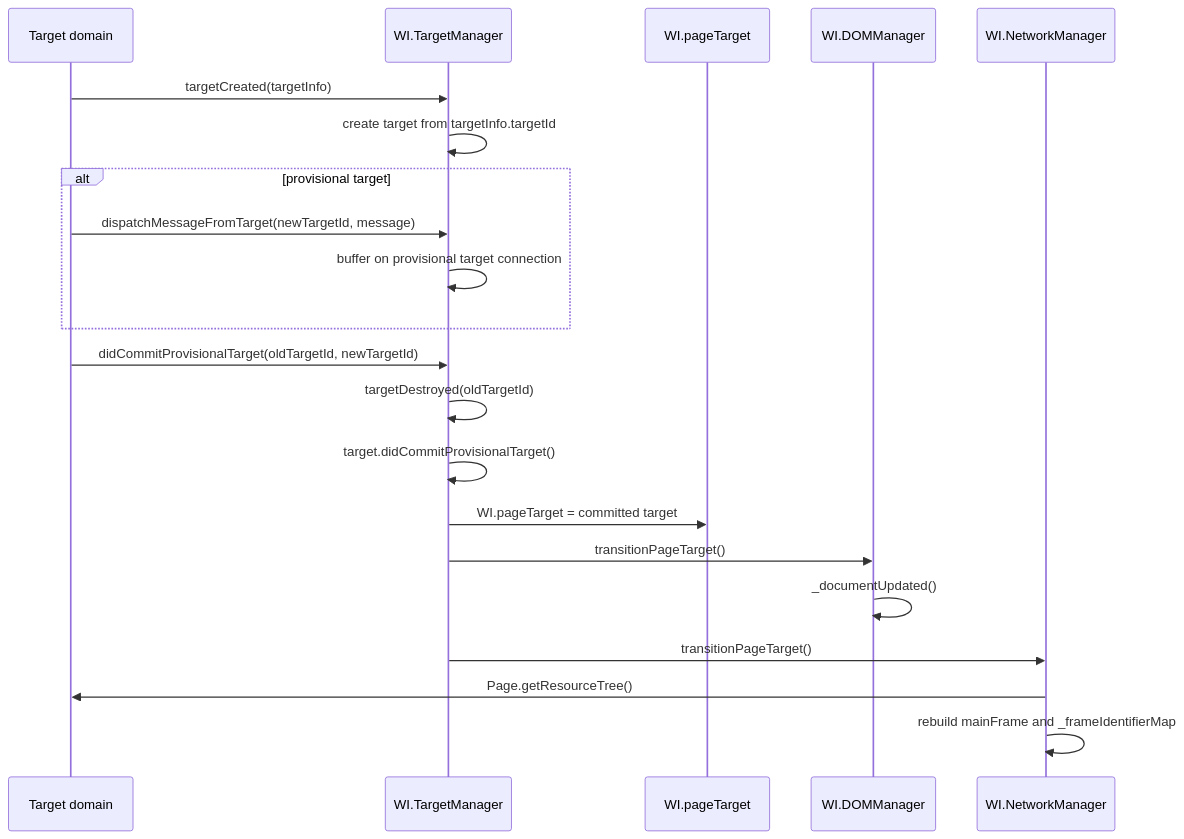
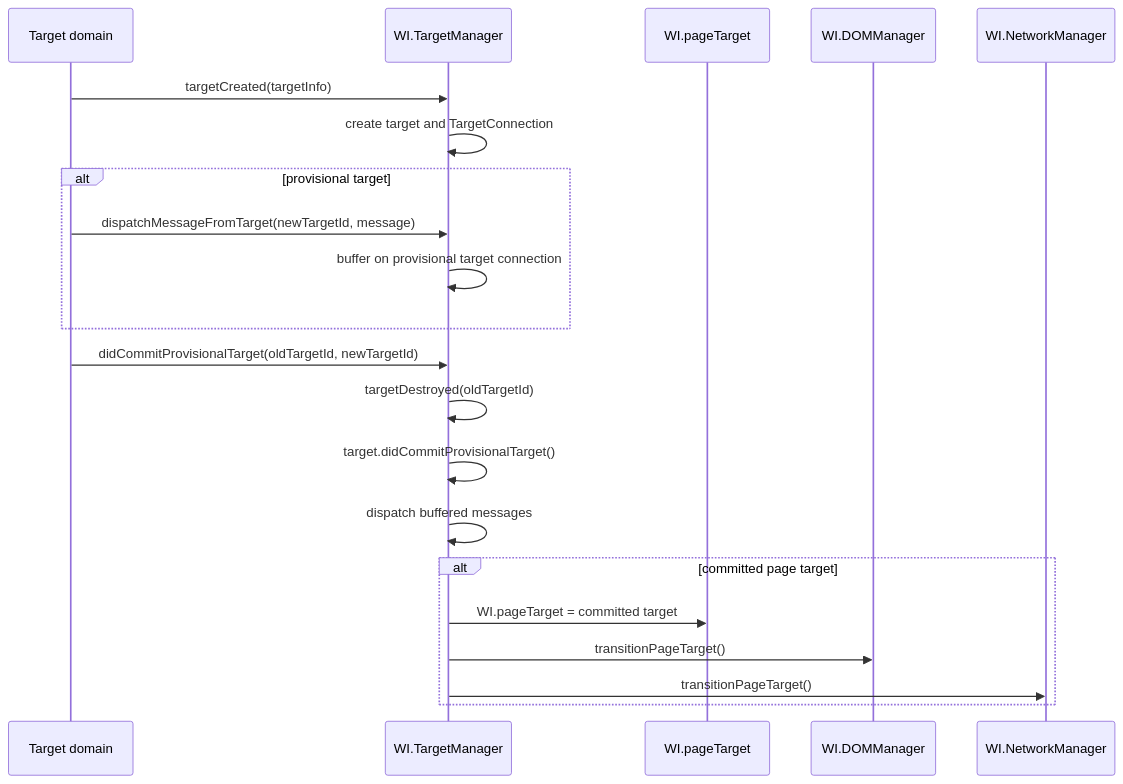
One commit to lynnswap/WebInspectorKit changed the second of 2 diagrams in Sources/WebInspectorCore/Docs/TransportResearch.md. Above: the diagram before and after it, drawn with Mermaid. The commit also changed other lines of this file, not shown here.

````diff
--- a/Sources/WebInspectorCore/Docs/TransportResearch.md
+++ b/Sources/WebInspectorCore/Docs/TransportResearch.md
@@ -261,24 +143,24 @@
 ```mermaid
 sequenceDiagram
     participant Backend as Target domain
     participant TM as WI.TargetManager
     participant Page as WI.pageTarget
     participant DOM as WI.DOMManager
     participant Network as WI.NetworkManager
 
     Backend->>TM: targetCreated(targetInfo)
-    TM->>TM: create target from targetInfo.targetId
+    TM->>TM: create target and TargetConnection
     alt provisional target
         Backend->>TM: dispatchMessageFromTarget(newTargetId, message)
         TM->>TM: buffer on provisional target connection
     end
     Backend->>TM: didCommitProvisionalTarget(oldTargetId, newTargetId)
     TM->>TM: targetDestroyed(oldTargetId)
     TM->>TM: target.didCommitProvisionalTarget()
-    TM->>Page: WI.pageTarget = committed target
-    TM->>DOM: transitionPageTarget()
-    DOM->>DOM: _documentUpdated()
-    TM->>Network: transitionPageTarget()
-    Network->>Backend: Page.getResourceTree()
-    Network->>Network: rebuild mainFrame and _frameIdentifierMap
+    TM->>TM: dispatch buffered messages
+    alt committed page target
+        TM->>Page: WI.pageTarget = committed target
+        TM->>DOM: transitionPageTarget()
+        TM->>Network: transitionPageTarget()
+    end
 ```
````
